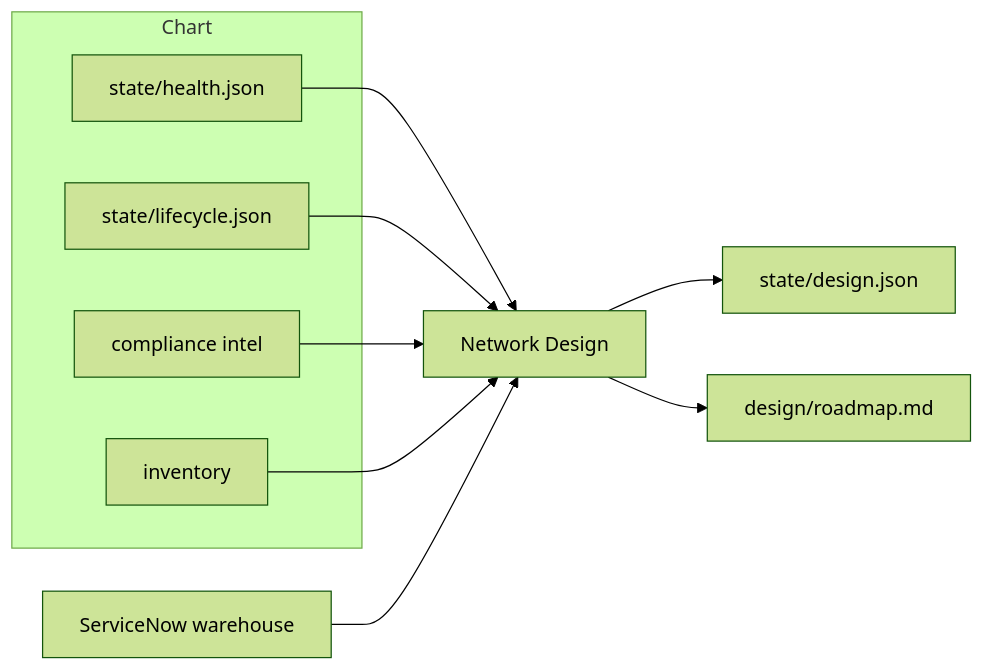
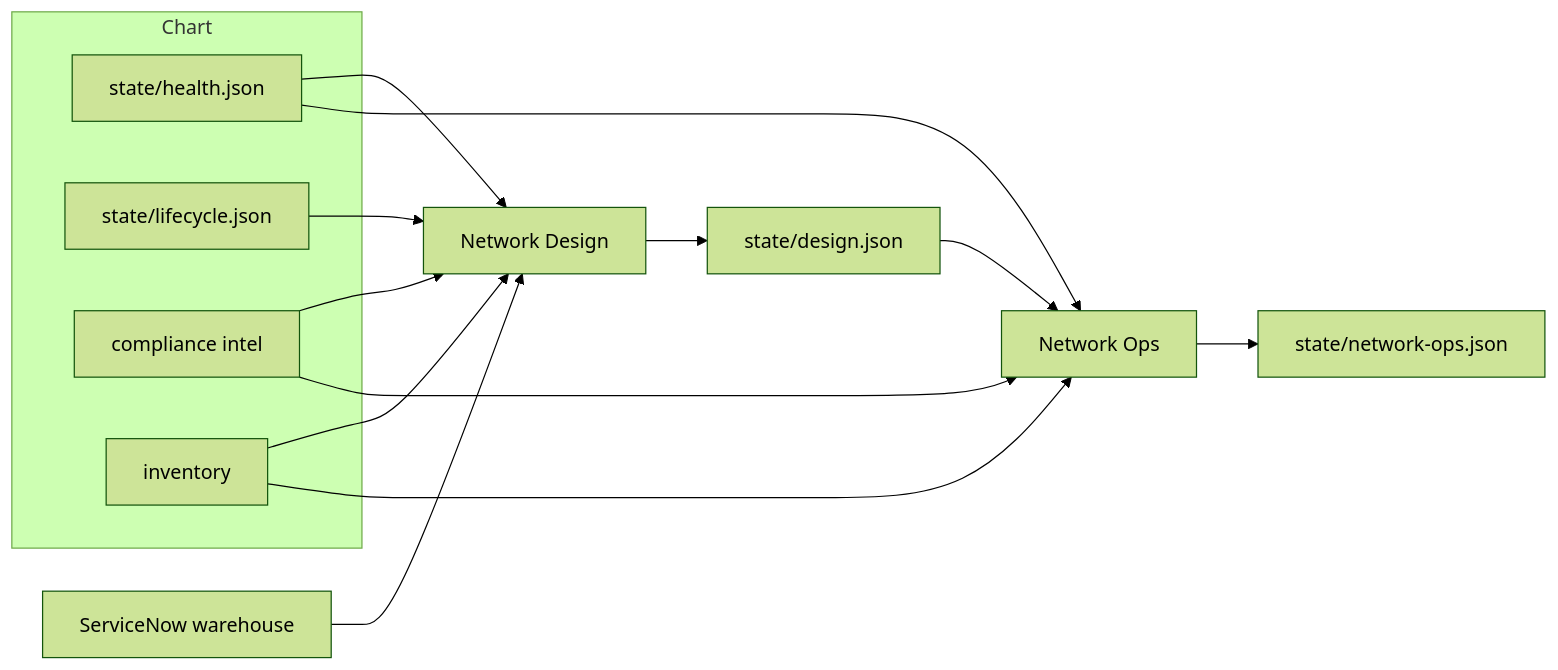
The diagram in documentation/change-and-test-agents.md (Presidio-Federal/ai-studio-netops), drawn with Mermaid (forest theme) before and after one commit. The commit also changed other lines of this file and 23 other files, not shown here.

````diff
--- a/documentation/change-and-test-agents.md
+++ b/documentation/change-and-test-agents.md
@@ -12,20 +12,25 @@
 ```mermaid
 flowchart LR
   subgraph chart [Chart]
     Health[state/health.json]
     Life[state/lifecycle.json]
     Comp[compliance intel]
     Inv[inventory]
   end
   ND[Network Design]
+  Ops[Network Ops]
   SNOW[ServiceNow warehouse]
   DesignState[state/design.json]
-  Road[design/roadmap.md]
+  OpsState[state/network-ops.json]
   Health --> ND
   Life --> ND
   Comp --> ND
   Inv --> ND
   SNOW --> ND
   ND --> DesignState
-  ND --> Road
+  Health --> Ops
+  Comp --> Ops
+  Inv --> Ops
+  DesignState --> Ops
+  Ops --> OpsState
 ```
````
